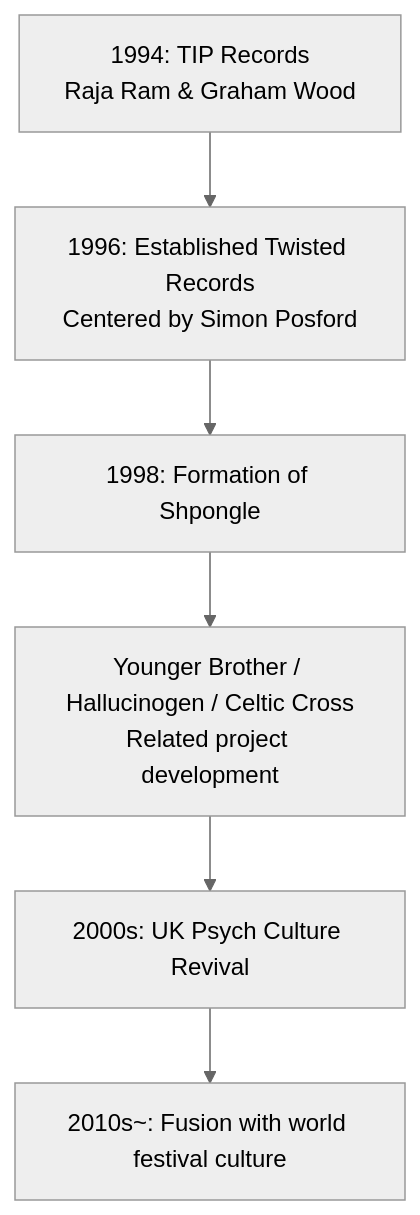
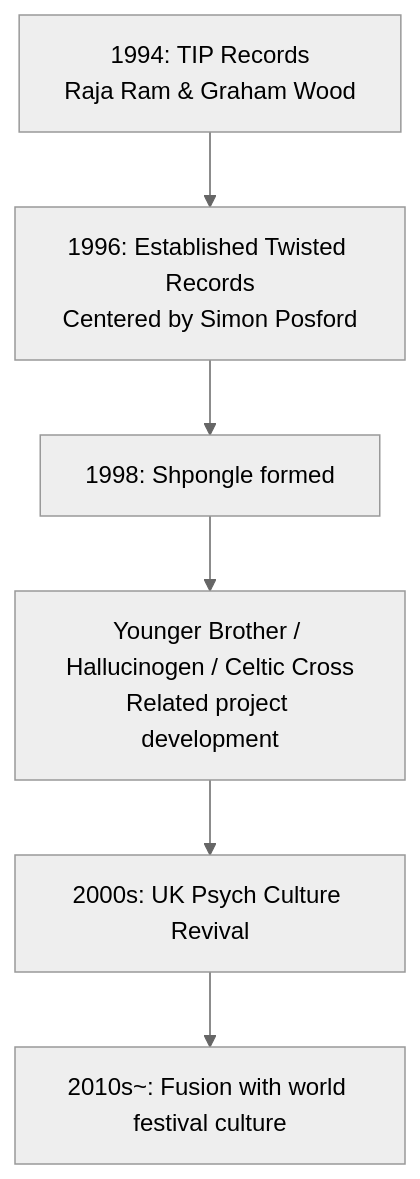
One commit to monumental-movement/monumental-movement.github.io changed the first of 4 diagrams in en/_posts/2025-10-05-Column-Shpongle.md. Above: the diagram before and after it, drawn with Mermaid (neutral theme). The commit also changed other lines of this file and 339 other files, not shown here.

```diff
--- a/en/_posts/2025-10-05-Column-Shpongle.md
+++ b/en/_posts/2025-10-05-Column-Shpongle.md
@@ -63,10 +63,10 @@
 <div class="mermaid">
 
 flowchart TD
   A["1994: TIP Records<br>Raja Ram & Graham Wood"] --> B["1996: Established Twisted Records<br>Centered by Simon Posford"]
-  B --> C["1998: Formation of Shpongle"]
+  B --> C["1998: Shpongle formed"]
   C --> D["Younger Brother / Hallucinogen / Celtic Cross<br>Related project development"]
   D --> E["2000s: UK Psych Culture Revival"]
   E --> F["2010s~: Fusion with world festival culture"]
 
 </div>
```
